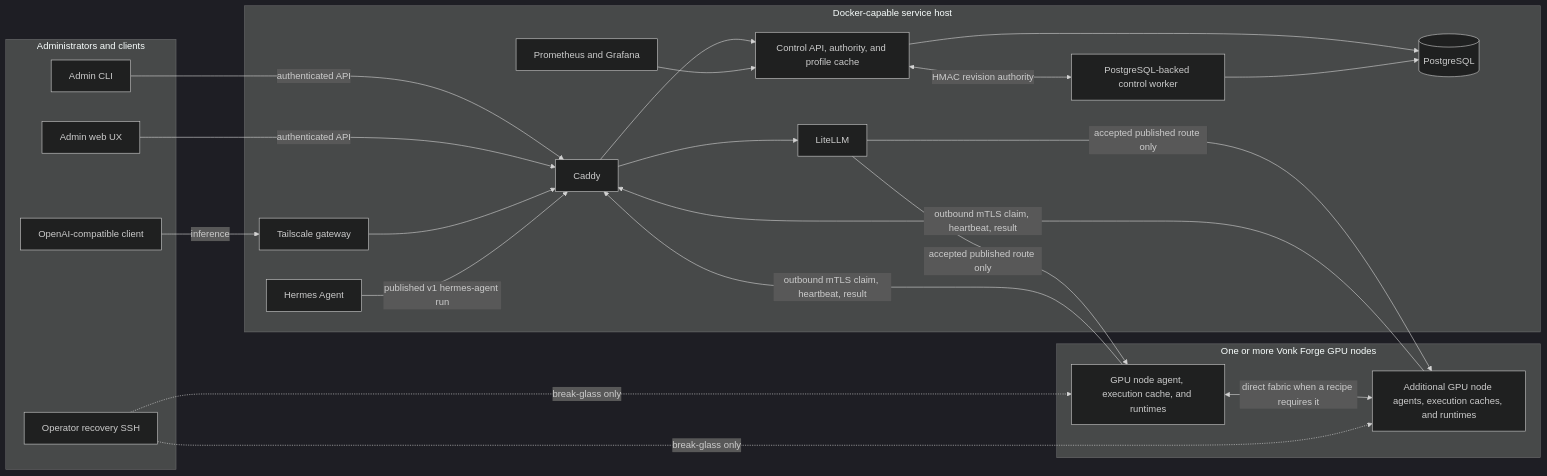
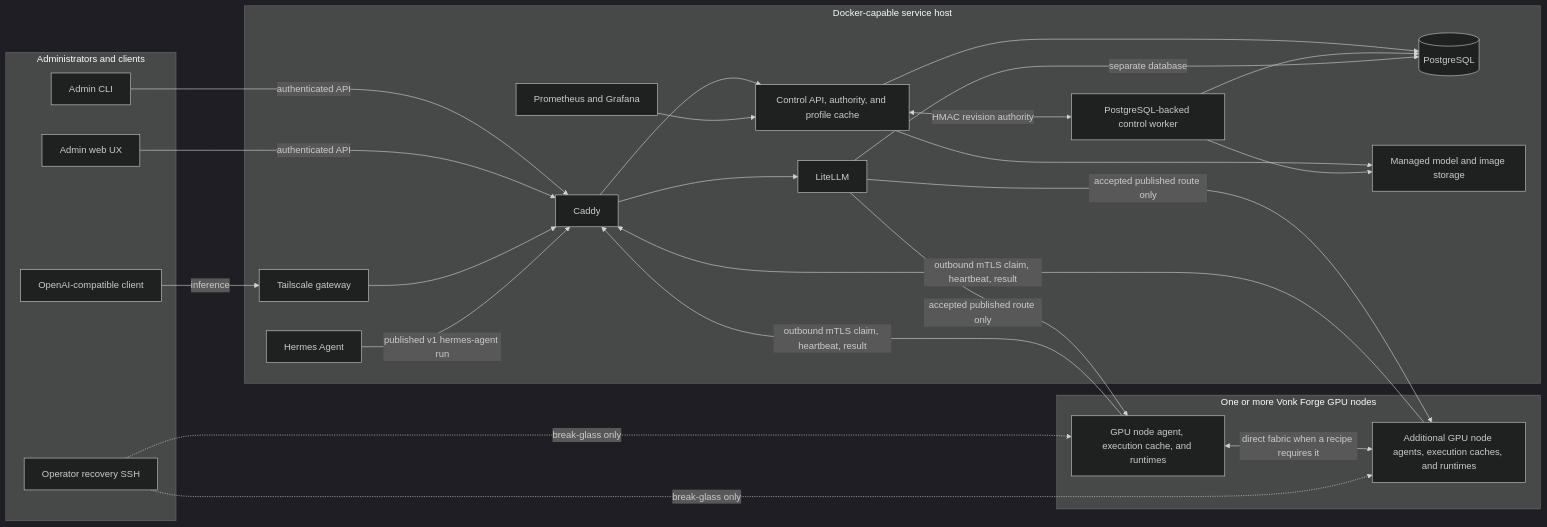
Before and after one commit to CarstVaartjes/vonk-forge: the first of 2 diagrams in docs/architecture-overview.md, drawn with Mermaid (dark theme). The commit also changed other lines of this file and 19 other files, not shown here.

Commit message:
Define resilient architecture and coordination boundaries

````diff
--- a/docs/architecture-overview.md
+++ b/docs/architecture-overview.md
@@ -26,42 +33,46 @@
 ```mermaid
 flowchart LR
     subgraph users[Administrators and clients]
         cli[Admin CLI]
         web[Admin web UX]
         client[OpenAI-compatible client]
         operator[Operator recovery SSH]
     end
 
     subgraph host[Docker-capable service host]
         tailscale[Tailscale gateway]
         caddy[Caddy]
         api[Control API, authority, and profile cache]
         worker[PostgreSQL-backed control worker]
         db[(PostgreSQL)]
+        storage[Managed model and image storage]
         litellm[LiteLLM]
         hermes[Hermes Agent]
         telemetry[Prometheus and Grafana]
     end
 
     subgraph nodes[One or more Vonk Forge GPU nodes]
         s1[GPU node agent, execution cache, and runtimes]
         sn[Additional GPU node agents, execution caches, and runtimes]
     end
 
     cli -->|authenticated API| caddy
     web -->|authenticated API| caddy
     client -->|inference| tailscale --> caddy --> litellm
     caddy --> api
     api --> db
     worker --> db
+    api --> storage
+    worker --> storage
+    litellm -->|separate database| db
     api <-->|HMAC revision authority| worker
     hermes -->|published v1 hermes-agent run| caddy
     telemetry --> api
     litellm -->|accepted published route only| s1
     litellm -->|accepted published route only| sn
     s1 -->|outbound mTLS claim, heartbeat, result| caddy
     sn -->|outbound mTLS claim, heartbeat, result| caddy
     s1 <-->|direct fabric when a recipe requires it| sn
     operator -. break-glass only .-> s1
     operator -. break-glass only .-> sn
 ```
````
